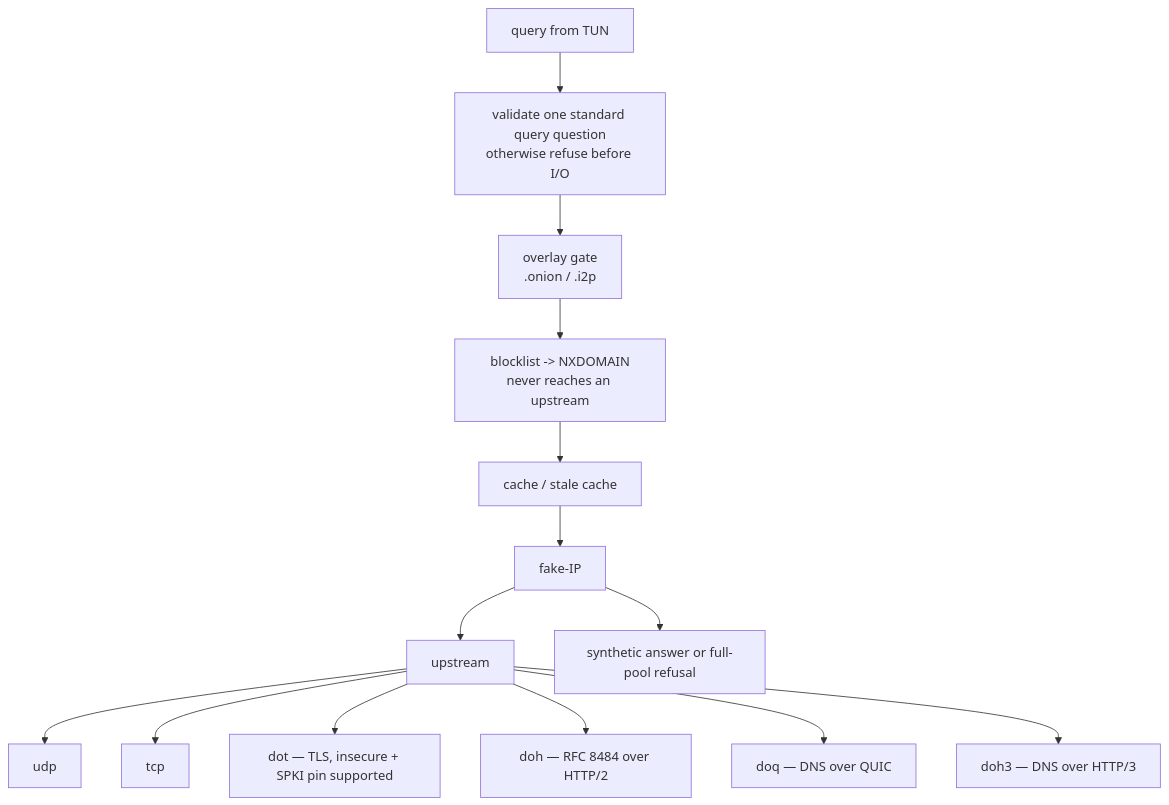
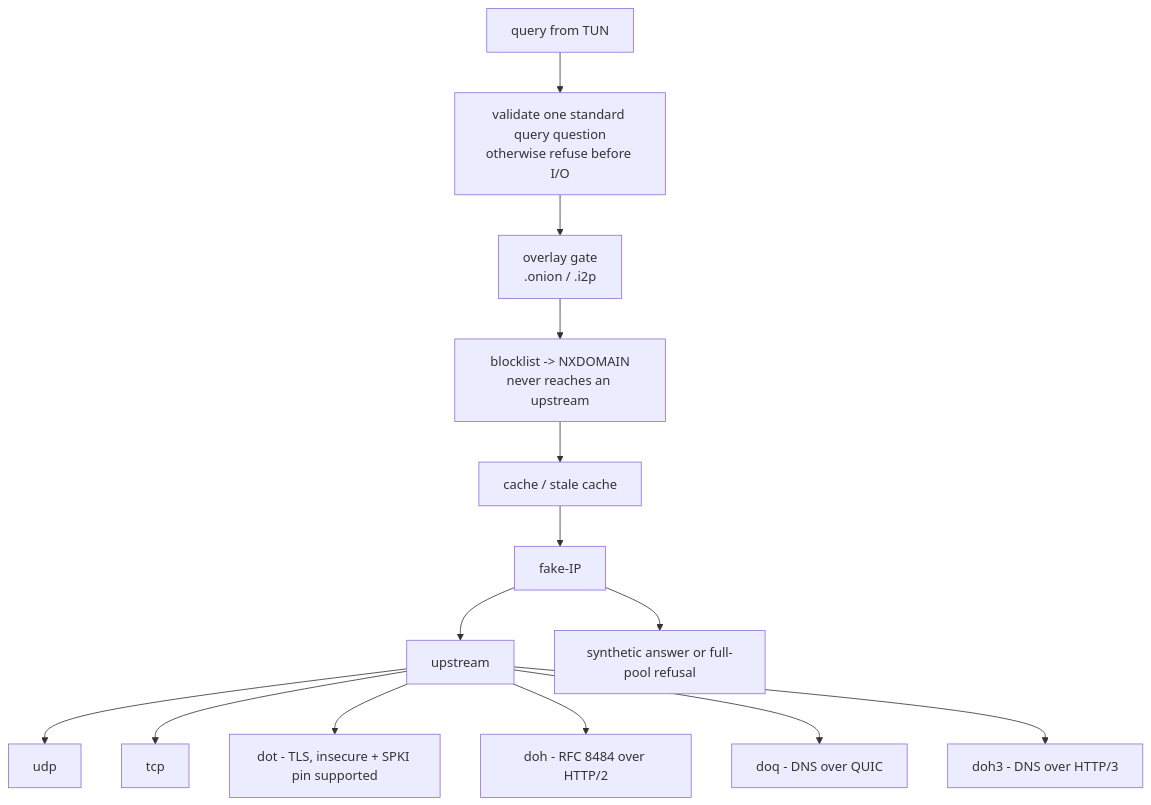
The fourth of 5 diagrams in docs/architecture/01-protocols.md (foxhole-team/foxhole-core), drawn with Mermaid before and after one commit. The commit also changed other lines of this file and 51 other files, not shown here.

````diff
--- a/docs/architecture/01-protocols.md
+++ b/docs/architecture/01-protocols.md
@@ -189,16 +189,16 @@
 ```mermaid
 flowchart TD
     Q["query from TUN"] --> V["validate one standard query question<br/>otherwise refuse before I/O"]
     V --> G1["overlay gate<br/>.onion / .i2p"]
     G1 --> G2["blocklist -> NXDOMAIN<br/>never reaches an upstream"]
     G2 --> G3["cache / stale cache"]
     G3 --> G4["fake-IP"]
     G4 --> U["upstream"]
     G4 --> F["synthetic answer or full-pool refusal"]
     U --> U1["udp"]
     U --> U2["tcp"]
-    U --> U3["dot — TLS, insecure + SPKI pin supported"]
-    U --> U4["doh — RFC 8484 over HTTP/2"]
-    U --> U5["doq — DNS over QUIC"]
-    U --> U6["doh3 — DNS over HTTP/3"]
+    U --> U3["dot - TLS, insecure + SPKI pin supported"]
+    U --> U4["doh - RFC 8484 over HTTP/2"]
+    U --> U5["doq - DNS over QUIC"]
+    U --> U6["doh3 - DNS over HTTP/3"]
 ```
````
